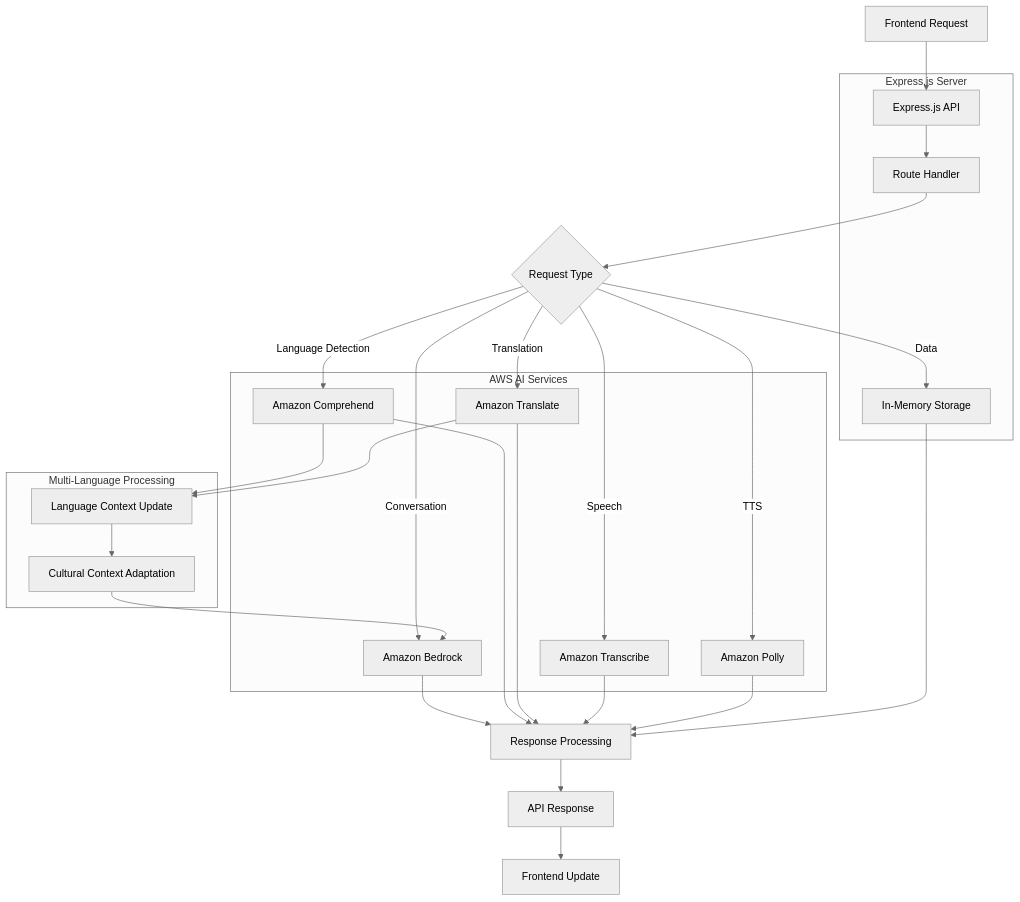
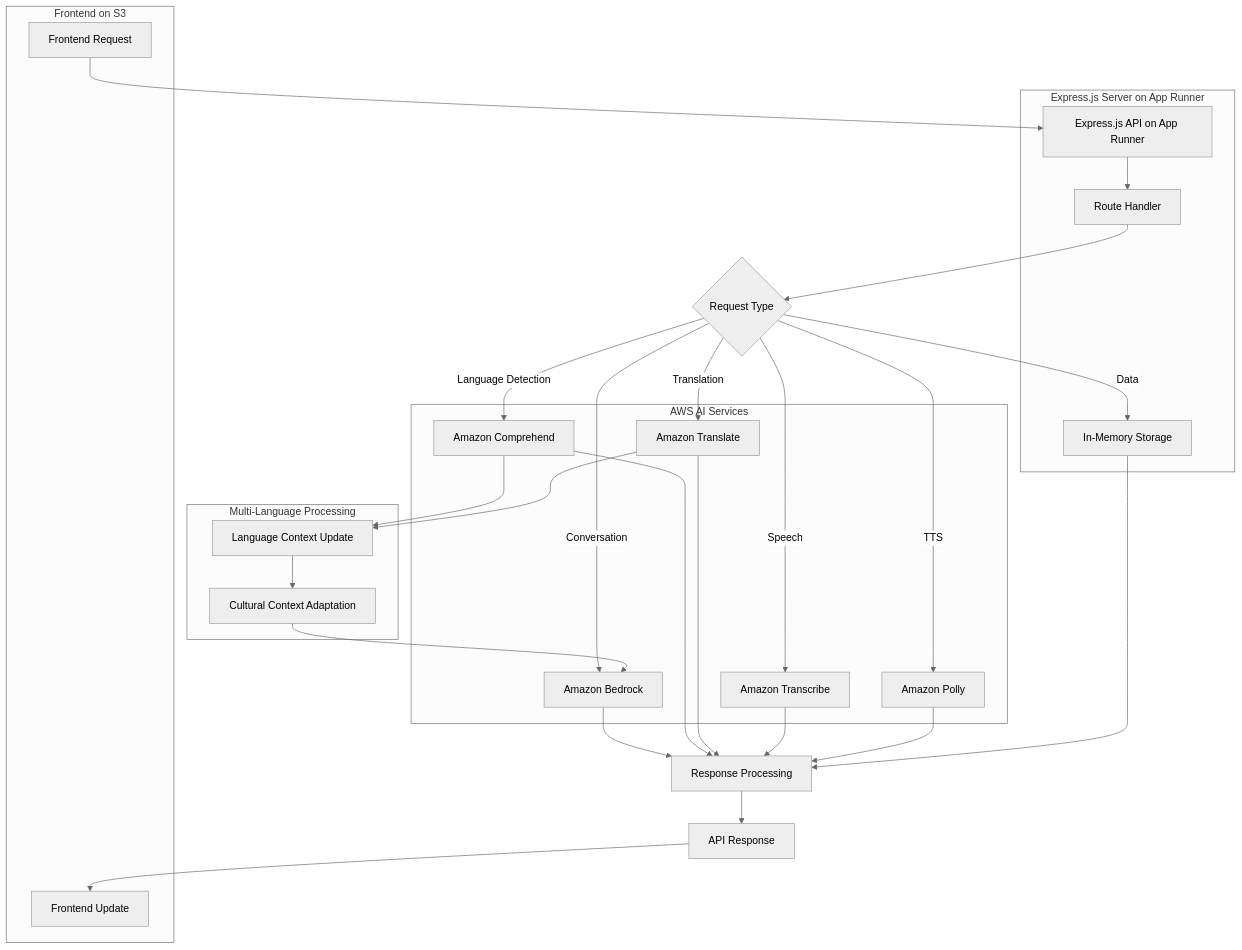
The second of 2 diagrams in README.md (ryanlau1220/AI-Powered-Language-Learning-Companion), drawn with Mermaid (neutral theme) before and after one commit. The commit also changed other lines of this file, not shown here.

````diff
--- a/README.md
+++ b/README.md
@@ -200,48 +195,53 @@
 ```mermaid
 flowchart TD
-    A[Frontend Request] --> B[Express.js API]
+    A[Frontend Request] --> B[Express.js API on App Runner]
     B --> C[Route Handler]
     
     C --> D{Request Type}
     D -->|Conversation| E[Amazon Bedrock]
     D -->|Language Detection| F[Amazon Comprehend]
     D -->|Translation| G[Amazon Translate]
     D -->|Speech| H[Amazon Transcribe]
     D -->|TTS| I[Amazon Polly]
     D -->|Data| J[In-Memory Storage]
     
     E --> K[Response Processing]
     F --> K
     G --> K
     H --> K
     I --> K
     J --> K
     
     K --> L[API Response]
     L --> M[Frontend Update]
     
     %% Multi-language processing
     F --> N[Language Context Update]
     G --> N
     N --> O[Cultural Context Adaptation]
     O --> E
     
     subgraph "AWS AI Services"
         E
         F
         G
         H
         I
     end
     
     subgraph "Multi-Language Processing"
         N
         O
     end
     
-    subgraph "Express.js Server"
+    subgraph "Express.js Server on App Runner"
         B
         C
         J
     end
+    
+    subgraph "Frontend on S3"
+        A
+        M
+    end
 ```
````
